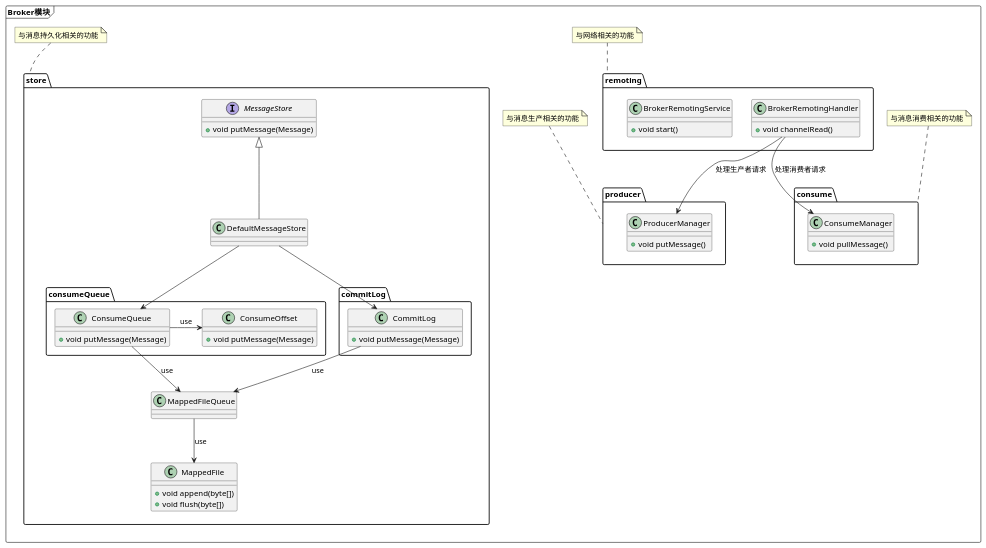
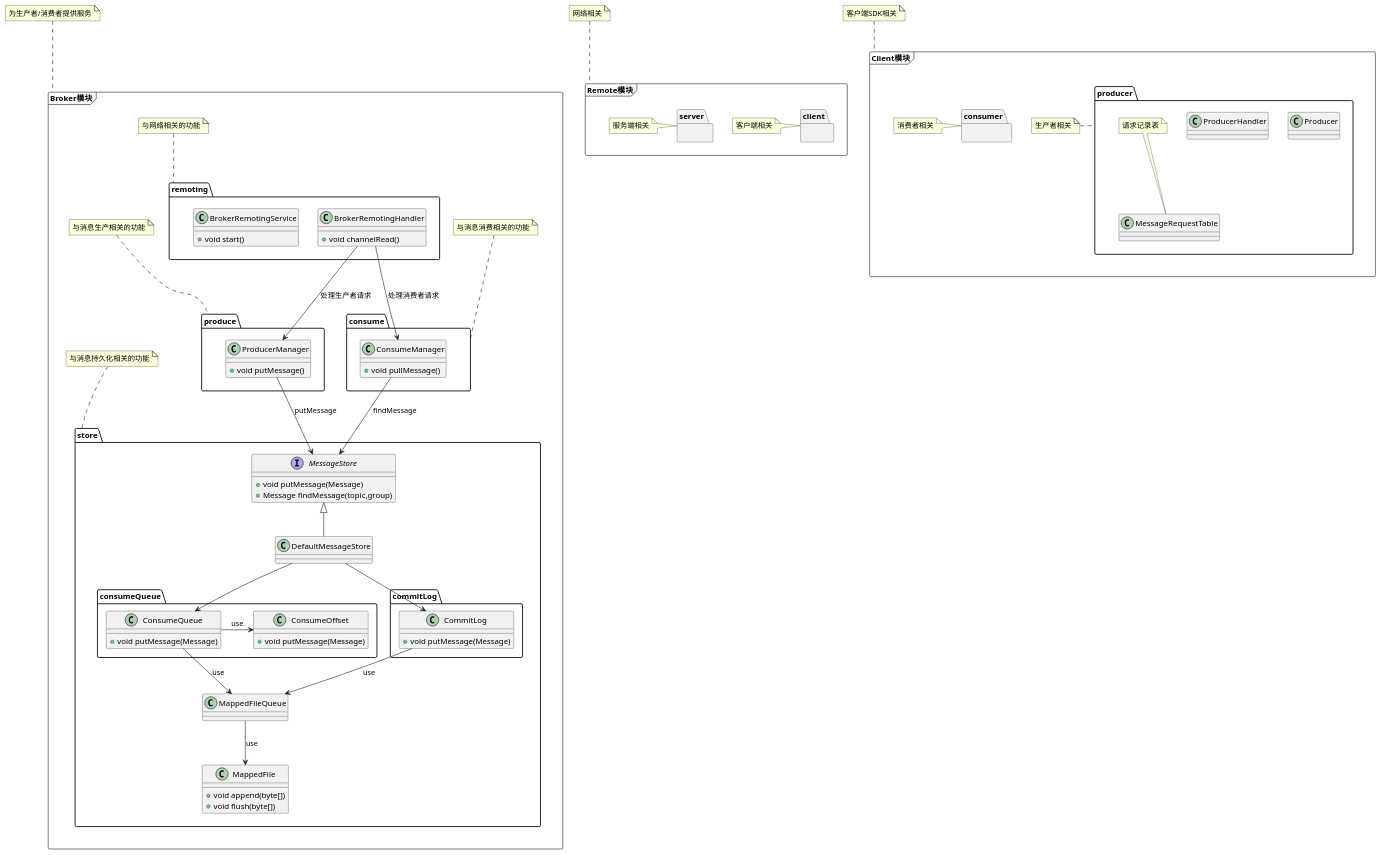
The diagram in docs/所有模块类图.puml (zexho994/Jinx), drawn with PlantUML before and after one commit. The commit also changed 35 other files, not shown here.

```diff
--- a/docs/所有模块类图.puml
+++ b/docs/所有模块类图.puml
@@ -1,70 +1,94 @@
 @startuml
 
 package Broker模块 <<Frame>> {
 
     package consume{
         class ConsumeManager{
             + void pullMessage()
         }
     }
     note top of consume : 与消息消费相关的功能
 
-    package producer{
+    package produce{
         class ProducerManager {
             + void putMessage()
         }
     }
-    note top of producer : 与消息生产相关的功能
+    note top of produce : 与消息生产相关的功能
 
     package remoting{
         class BrokerRemotingHandler{
             + void channelRead()
         }
         class BrokerRemotingService{
             + void start()
         }
     }
     note top of remoting : 与网络相关的功能
 
     BrokerRemotingHandler --> ProducerManager : 处理生产者请求
     BrokerRemotingHandler --> ConsumeManager : 处理消费者请求
 
     package store{
         interface MessageStore{
             + void putMessage(Message)
+            + Message findMessage(topic,group)
         }
         class DefaultMessageStore{}
         class MappedFileQueue{}
         package commitLog{
             class CommitLog {
                 + void putMessage(Message)
             }
         }
         package consumeQueue{
             class ConsumeOffset{
                 + void putMessage(Message)
             }
             class ConsumeQueue{
                 + void putMessage(Message)
             }
         }
         class MappedFile{
             + void append(byte[])
             + void flush(byte[])
         }
 
        MessageStore <|-- DefaultMessageStore
        MappedFileQueue --> MappedFile : use
        ConsumeQueue --> MappedFileQueue : use
        ConsumeQueue -> ConsumeOffset : use
        CommitLog --> MappedFileQueue : use
        DefaultMessageStore --> ConsumeQueue
        DefaultMessageStore --> CommitLog
     }
     note top of store : 与消息持久化相关的功能
+    ProducerManager --> MessageStore : putMessage
+    ConsumeManager --> MessageStore : findMessage
+}
+note top of Broker模块 : 为生产者/消费者提供服务
 
+package Remote模块 <<Frame>> {
+    package client{}
+    note left of client : 客户端相关
+    package server{}
+    note left of server : 服务端相关
 }
+note top of Remote模块 : 网络相关
 
-
+package Client模块 <<Frame>> {
+    package producer{
+        class Producer{}
+        class ProducerHandler{
+        }
+        class MessageRequestTable{
+        }
+        note top of MessageRequestTable : 请求记录表
+    }
+    note left of producer : 生产者相关
+    package consumer{}
+    note left of consumer : 消费者相关
+}
+note top of Client模块 : 客户端SDK相关
 
 @enduml
```
